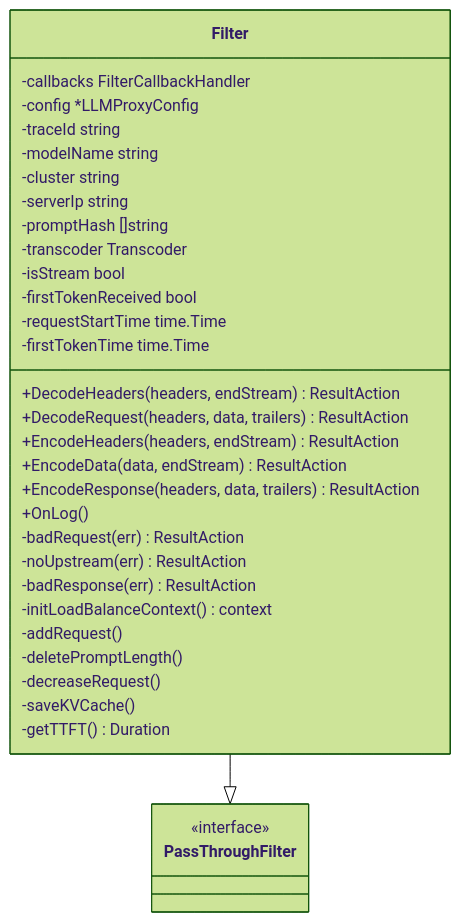
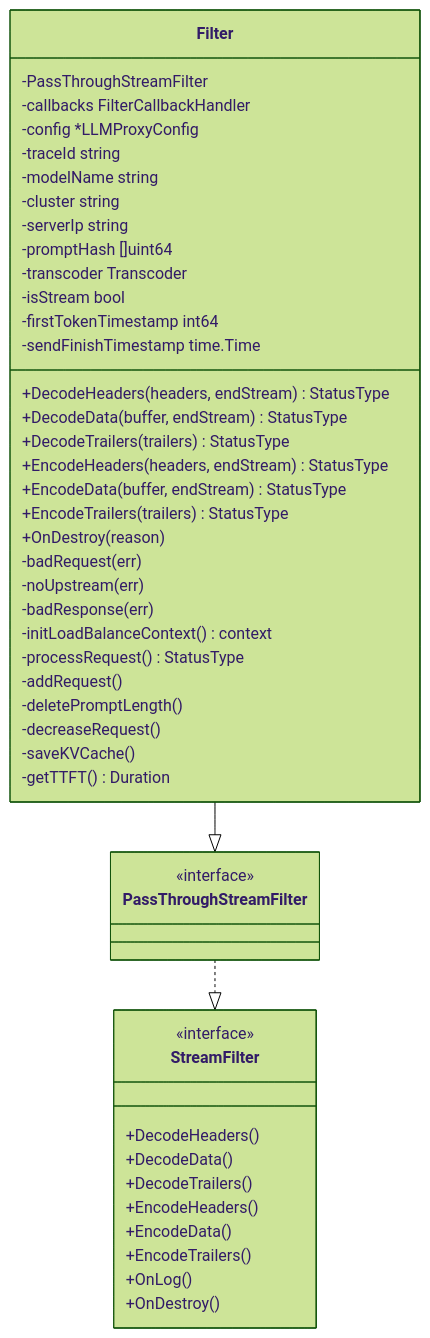
One commit to Erica177/istio-llm-filter changed the ninth of 20 diagrams in docs/design.md. Above: the diagram before and after it, drawn with Mermaid (forest theme). The commit also changed other lines of this file and 14 other files, not shown here.

````diff
--- a/docs/design.md
+++ b/docs/design.md
@@ -421,38 +421,53 @@
 ```mermaid
 classDiagram
     class Filter {
+        -PassThroughStreamFilter
         -callbacks FilterCallbackHandler
         -config *LLMProxyConfig
         -traceId string
         -modelName string
         -cluster string
         -serverIp string
-        -promptHash []string
+        -promptHash []uint64
         -transcoder Transcoder
         -isStream bool
-        -firstTokenReceived bool
-        -requestStartTime time.Time
-        -firstTokenTime time.Time
-        +DecodeHeaders(headers, endStream) ResultAction
-        +DecodeRequest(headers, data, trailers) ResultAction
-        +EncodeHeaders(headers, endStream) ResultAction
-        +EncodeData(data, endStream) ResultAction
-        +EncodeResponse(headers, data, trailers) ResultAction
-        +OnLog()
-        -badRequest(err) ResultAction
-        -noUpstream(err) ResultAction
-        -badResponse(err) ResultAction
+        -firstTokenTimestamp int64
+        -sendFinishTimestamp time.Time
+        +DecodeHeaders(headers, endStream) StatusType
+        +DecodeData(buffer, endStream) StatusType
+        +DecodeTrailers(trailers) StatusType
+        +EncodeHeaders(headers, endStream) StatusType
+        +EncodeData(buffer, endStream) StatusType
+        +EncodeTrailers(trailers) StatusType
+        +OnDestroy(reason)
+        -badRequest(err)
+        -noUpstream(err)
+        -badResponse(err)
         -initLoadBalanceContext() context
+        -processRequest() StatusType
         -addRequest()
         -deletePromptLength()
         -decreaseRequest()
         -saveKVCache()
         -getTTFT() Duration
     }
     
-    class PassThroughFilter {
+    class PassThroughStreamFilter {
         <<interface>>
     }
     
-    Filter --|> PassThroughFilter
+    class StreamFilter {
+        <<interface>>
+        +DecodeHeaders()
+        +DecodeData()
+        +DecodeTrailers()
+        +EncodeHeaders()
+        +EncodeData()
+        +EncodeTrailers()
+        +OnLog()
+        +OnDestroy()
+    }
+    
+    Filter --|> PassThroughStreamFilter
+    PassThroughStreamFilter ..|> StreamFilter
 ```
````
